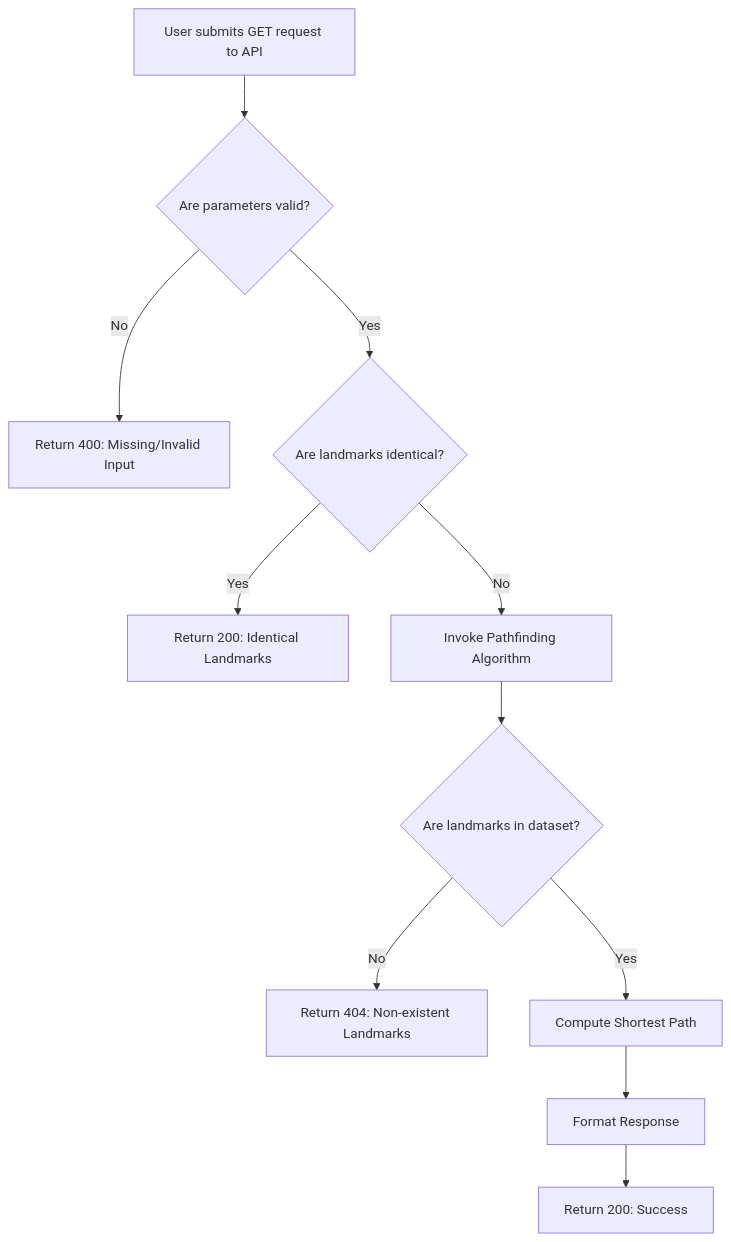
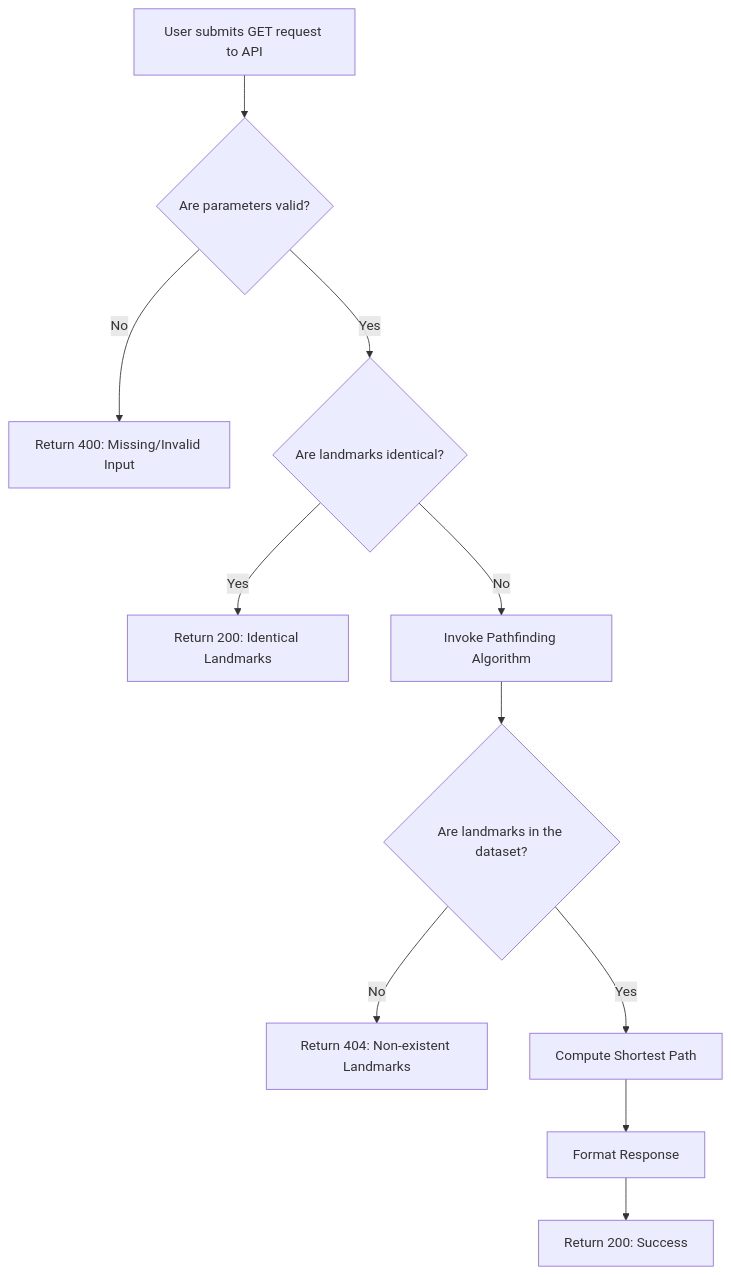
The diagram in documents/functional_specifications/functional_specifications.md (algosup/2024-2025-project-3-quickest-path-team-8), drawn with Mermaid before and after one commit. The commit also changed other lines of this file, not shown here.

````diff
--- a/documents/functional_specifications/functional_specifications.md
+++ b/documents/functional_specifications/functional_specifications.md
@@ -398,13 +401,13 @@
 ```mermaid
 graph TD
 A[User submits GET request to API] --> B{Are parameters valid?}
 B --> |No| D[Return 400: Missing/Invalid Input]
 B --> |Yes| C{Are landmarks identical?}
 C --> |Yes| E[Return 200: Identical Landmarks]
 C --> |No| F[Invoke Pathfinding Algorithm]
-F --> G{Are landmarks in dataset?}
+F --> G{Are landmarks in the dataset?}
 G --> |No| H[Return 404: Non-existent Landmarks]
 G --> |Yes| I[Compute Shortest Path]
 I --> J[Format Response]
 J --> K[Return 200: Success]
 ```
````
